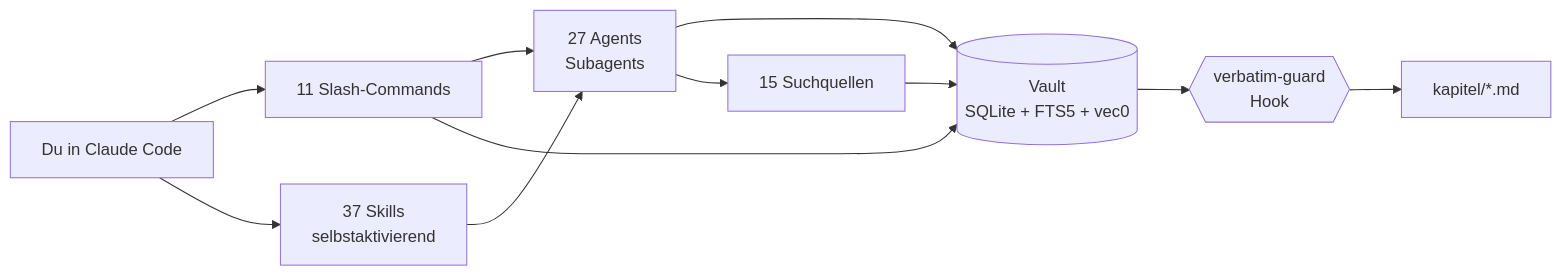
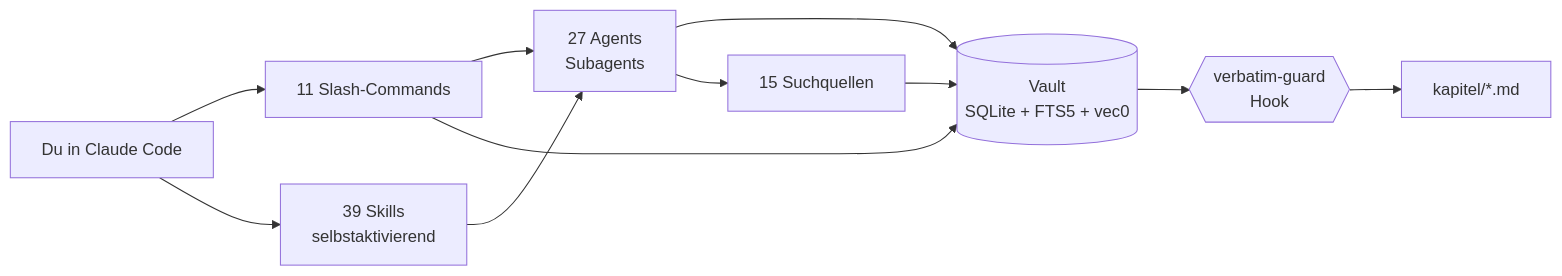
The diagram in README.md (ahlerjam/academic-research), drawn with Mermaid before and after one commit. The commit also changed other lines of this file and 34 other files, not shown here.

````diff
--- a/README.md
+++ b/README.md
@@ -76,13 +76,13 @@
 ```mermaid
 graph LR
     U[Du in Claude Code] --> C[11 Slash-Commands]
-    U --> S[37 Skills<br/>selbstaktivierend]
+    U --> S[39 Skills<br/>selbstaktivierend]
     C --> A[27 Agents<br/>Subagents]
     S --> A
     A --> V[(Vault<br/>SQLite + FTS5 + vec0)]
     C --> V
     A --> Q[15 Suchquellen]
     Q --> V
     V --> H{{verbatim-guard<br/>Hook}}
     H --> K[kapitel/*.md]
 ```
````
